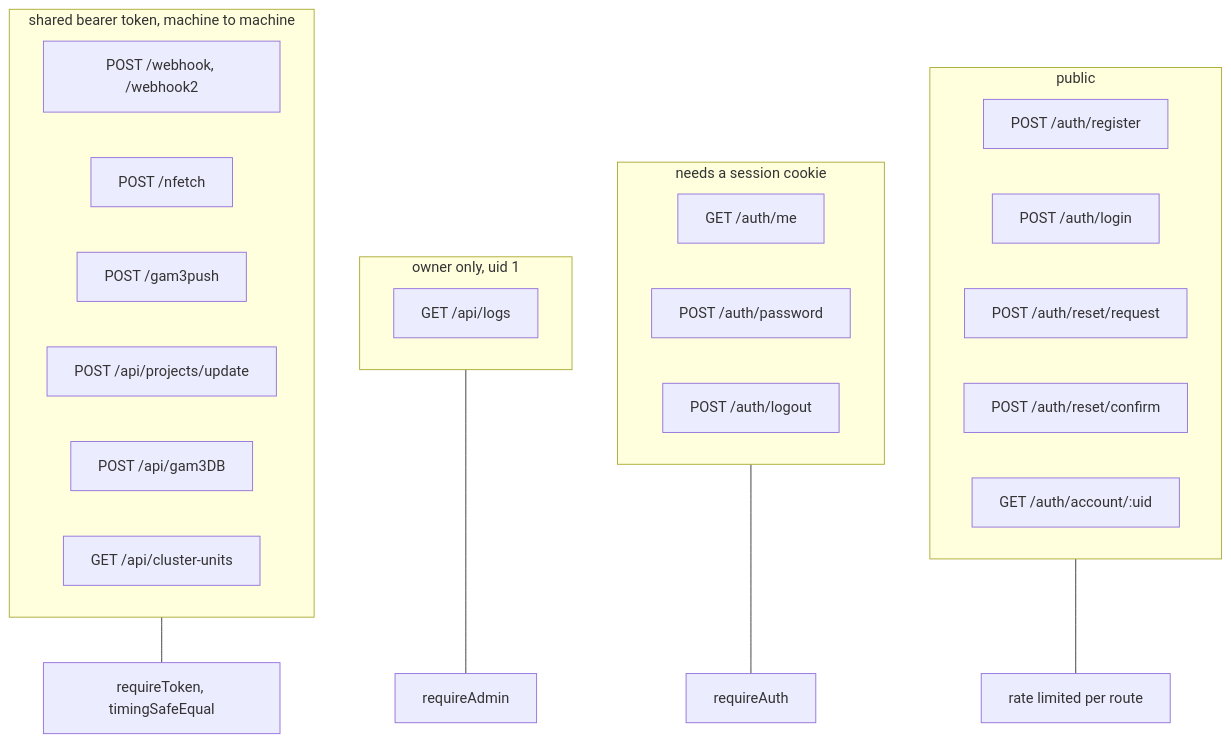
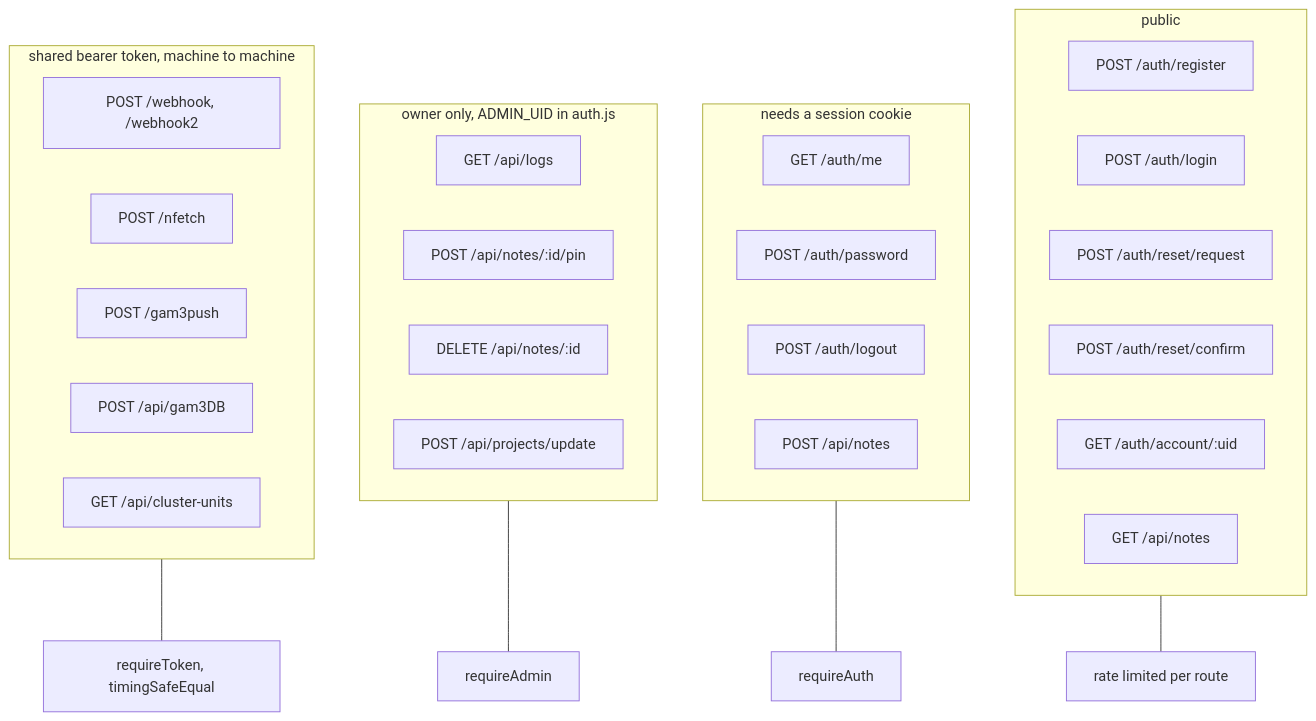
The seventh of 7 diagrams in ARCHITECTURE.md (Air-zy/airWebsite), drawn with Mermaid before and after one commit. The commit also changed other lines of this file and 12 other files, not shown here.

````diff
--- a/ARCHITECTURE.md
+++ b/ARCHITECTURE.md
@@ -196,34 +195,38 @@
 ```mermaid
 flowchart TD
   subgraph PUB["public"]
     P1["POST /auth/register"]
     P2["POST /auth/login"]
     P3["POST /auth/reset/request"]
     P4["POST /auth/reset/confirm"]
     P5["GET /auth/account/:uid"]
+    P6["GET /api/notes"]
   end
 
   subgraph SESS["needs a session cookie"]
     S1["GET /auth/me"]
     S2["POST /auth/password"]
     S3["POST /auth/logout"]
+    S4["POST /api/notes"]
   end
 
-  subgraph ADMIN["owner only, uid 1"]
+  subgraph ADMIN["owner only, ADMIN_UID in auth.js"]
     A1["GET /api/logs"]
+    A2["POST /api/notes/:id/pin"]
+    A3["DELETE /api/notes/:id"]
+    A4["POST /api/projects/update"]
   end
 
   subgraph TOKEN["shared bearer token, machine to machine"]
     T1["POST /webhook, /webhook2"]
     T2["POST /nfetch"]
     T3["POST /gam3push"]
-    T4["POST /api/projects/update"]
     T5["POST /api/gam3DB"]
     T6["GET /api/cluster-units"]
   end
 
   PUB --- RL1["rate limited per route"]
   SESS --- MW1["requireAuth"]
   ADMIN --- MW2["requireAdmin"]
   TOKEN --- MW3["requireToken, timingSafeEqual"]
 ```
````
